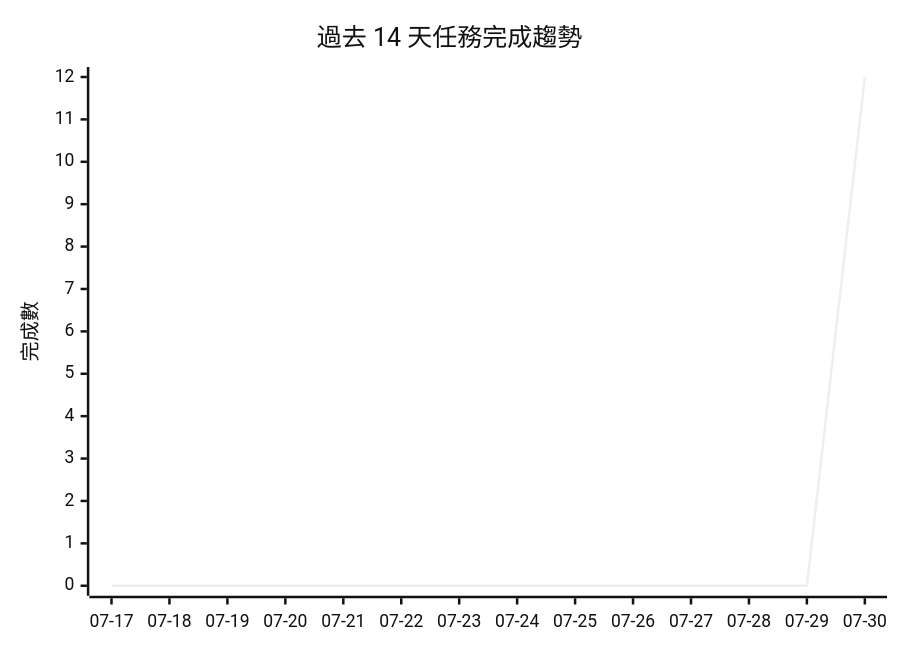
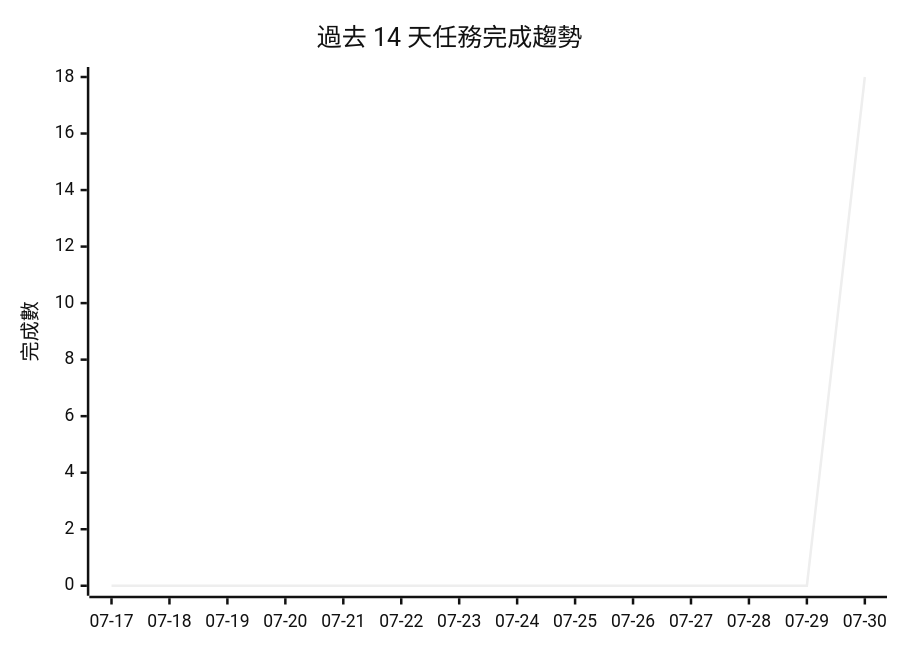
Before and after one commit to gentoobreaking/ai-tasks: the diagram in PROJECTS.md, drawn with Mermaid (neutral theme). The commit also changed other lines of this file and 65 other files, not shown here.

````diff
--- a/PROJECTS.md
+++ b/PROJECTS.md
@@ -116,7 +115,7 @@
 ```mermaid
 xychart-beta
     title "過去 14 天任務完成趨勢"
     x-axis ["07-17", "07-18", "07-19", "07-20", "07-21", "07-22", "07-23", "07-24", "07-25", "07-26", "07-27", "07-28", "07-29", "07-30"]
-    y-axis "完成數" 0 --> 12
-    line [0, 0, 0, 0, 0, 0, 0, 0, 0, 0, 0, 0, 0, 12]
+    y-axis "完成數" 0 --> 18
+    line [0, 0, 0, 0, 0, 0, 0, 0, 0, 0, 0, 0, 0, 18]
 ```
````
